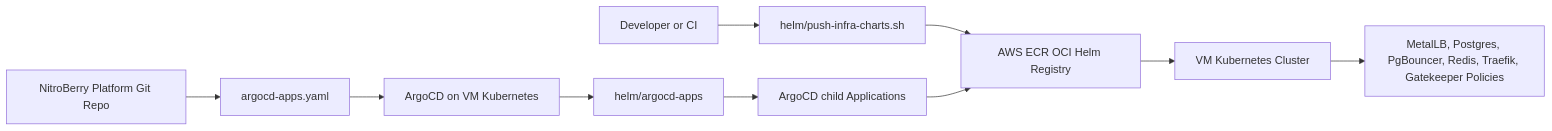
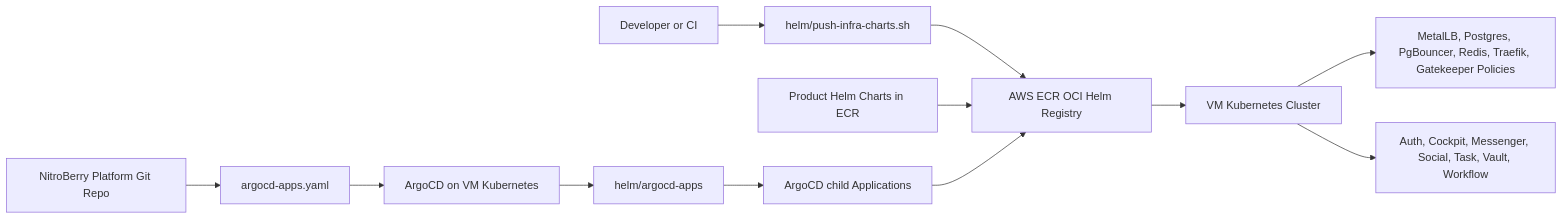
The diagram in README.md (abhimanyu8829/nbs-argo), drawn with Mermaid before and after one commit. The commit also changed other lines of this file and 2 other files, not shown here.

Commit message:
Add product ArgoCD apps for Helm charts

````diff
--- a/README.md
+++ b/README.md
@@ -18,12 +19,14 @@
 ```mermaid
 flowchart LR
     Dev["Developer or CI"] --> Push["helm/push-infra-charts.sh"]
     Push --> ECR["AWS ECR OCI Helm Registry"]
     Git["NitroBerry Platform Git Repo"] --> RootApp["argocd-apps.yaml"]
     RootApp --> ArgoCD["ArgoCD on VM Kubernetes"]
     ArgoCD --> AppOfApps["helm/argocd-apps"]
     AppOfApps --> ChildApps["ArgoCD child Applications"]
+    ProductCharts["Product Helm Charts in ECR"] --> ECR
     ChildApps --> ECR
     ECR --> Cluster["VM Kubernetes Cluster"]
     Cluster --> Infra["MetalLB, Postgres, PgBouncer, Redis, Traefik, Gatekeeper Policies"]
+    Cluster --> Apps["Auth, Cockpit, Messenger, Social, Task, Vault, Workflow"]
 ```
````
